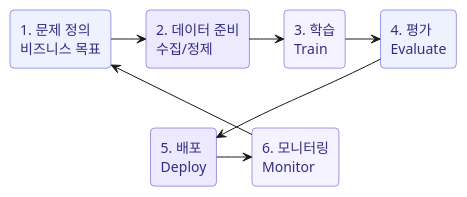
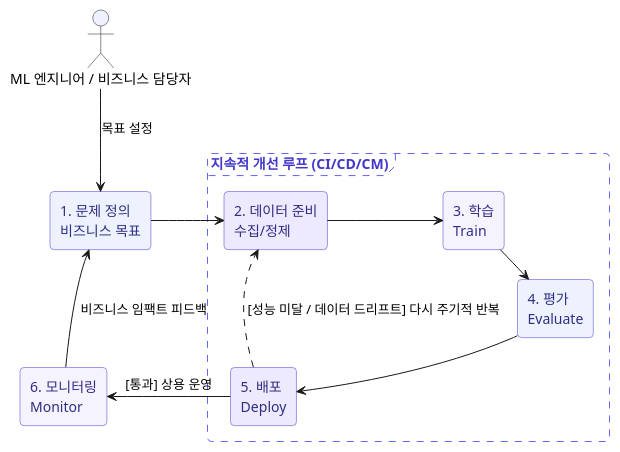
One commit to noisonnoiton/ab-731 changed the second of 2 diagrams in docs/domain1-business-value/02-capabilities.md. Above: the diagram before and after it, drawn with PlantUML. The commit also changed 8 other files, not shown here.

````diff
--- a/docs/domain1-business-value/02-capabilities.md
+++ b/docs/domain1-business-value/02-capabilities.md
@@ -104,24 +104,46 @@
 ```plantuml
 @startuml MLLifecycle
 skinparam defaultFontName Sans-Serif
 skinparam roundcorner 8
 skinparam rectangle {
   BorderColor #4338ca
   FontColor #312e81
 }
+skinparam frame {
+  BorderColor #6366f1
+  BorderStyle dashed
+  FontColor #4338ca
+}
+
+' 1. 사람(엔지니어/사용자) 추가
+actor "ML 엔지니어 / 비즈니스 담당자" as User #EEF2FF
 
 rectangle "1. 문제 정의\n비즈니스 목표" as A #EEF2FF
-rectangle "2. 데이터 준비\n수집/정제" as B #EDE9FE
-rectangle "3. 학습\nTrain" as C #F5F3FF
-rectangle "4. 평가\nEvaluate" as D #EEF2FF
-rectangle "5. 배포\nDeploy" as E #EDE9FE
+
+' 2~5번 반복 주기를 시각적으로 묶어주는 프레임
+frame "지속적 개선 루프 (CI/CD/CM)" {
+  rectangle "2. 데이터 준비\n수집/정제" as B #EDE9FE
+  rectangle "3. 학습\nTrain" as C #F5F3FF
+  rectangle "4. 평가\nEvaluate" as D #EEF2FF
+  rectangle "5. 배포\nDeploy" as E #EDE9FE
+}
+
 rectangle "6. 모니터링\nMonitor" as F #F5F3FF
 
+' 관계 정의 및 흐름 제어
+User -down-> A : 목표 설정
+
 A -right-> B
+
+' Core 루프 선형 흐름
 B -right-> C
 C -right-> D
 D -right-> E
-E -right-> F
-F -up-> A
+
+' 2~5번 주기적 반복 강조 (배포 후 평가 결과에 따라 다시 데이터 준비/학습으로 이동)
+E .down.> B : [성능 미달 / 데이터 드리프트] 다시 주기적 반복
+E -right-> F : [통과] 상용 운영
+
+F -up-> A : 비즈니스 임팩트 피드백
 @enduml
 ```
````
